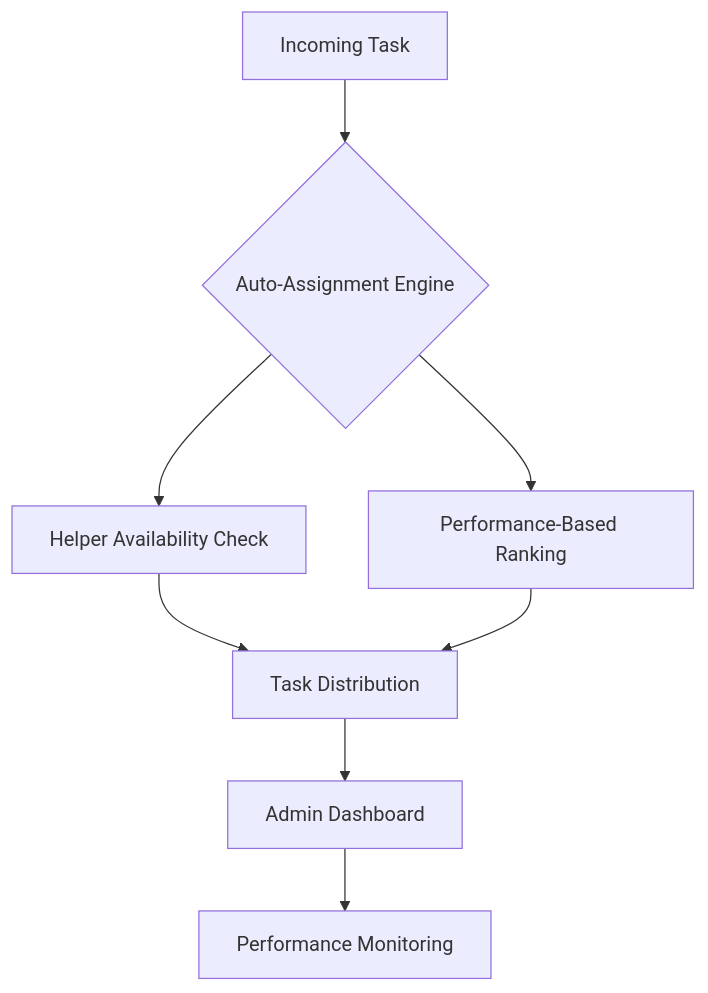
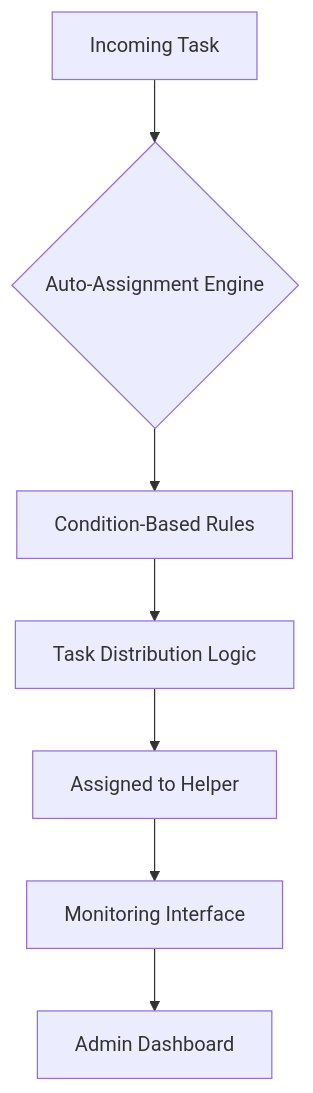
Before and after one commit to razashoeb840/razashoeb840: the third of 4 diagrams in README.md, drawn with Mermaid. The commit also changed other lines of this file, not shown here.

````diff
--- a/README.md
+++ b/README.md
@@ -280,10 +311,9 @@
 ```mermaid
 flowchart TD
     A["Incoming Task"] --> B{"Auto-Assignment Engine"}
-    B --> C["Helper Availability Check"]
-    B --> D["Performance-Based Ranking"]
-    C --> E["Task Distribution"]
-    D --> E
-    E --> F["Admin Dashboard"]
-    F --> G["Performance Monitoring"]
+    B --> C["Condition-Based Rules"]
+    C --> D["Task Distribution Logic"]
+    D --> E["Assigned to Helper"]
+    E --> F["Monitoring Interface"]
+    F --> G["Admin Dashboard"]
 ```
````
